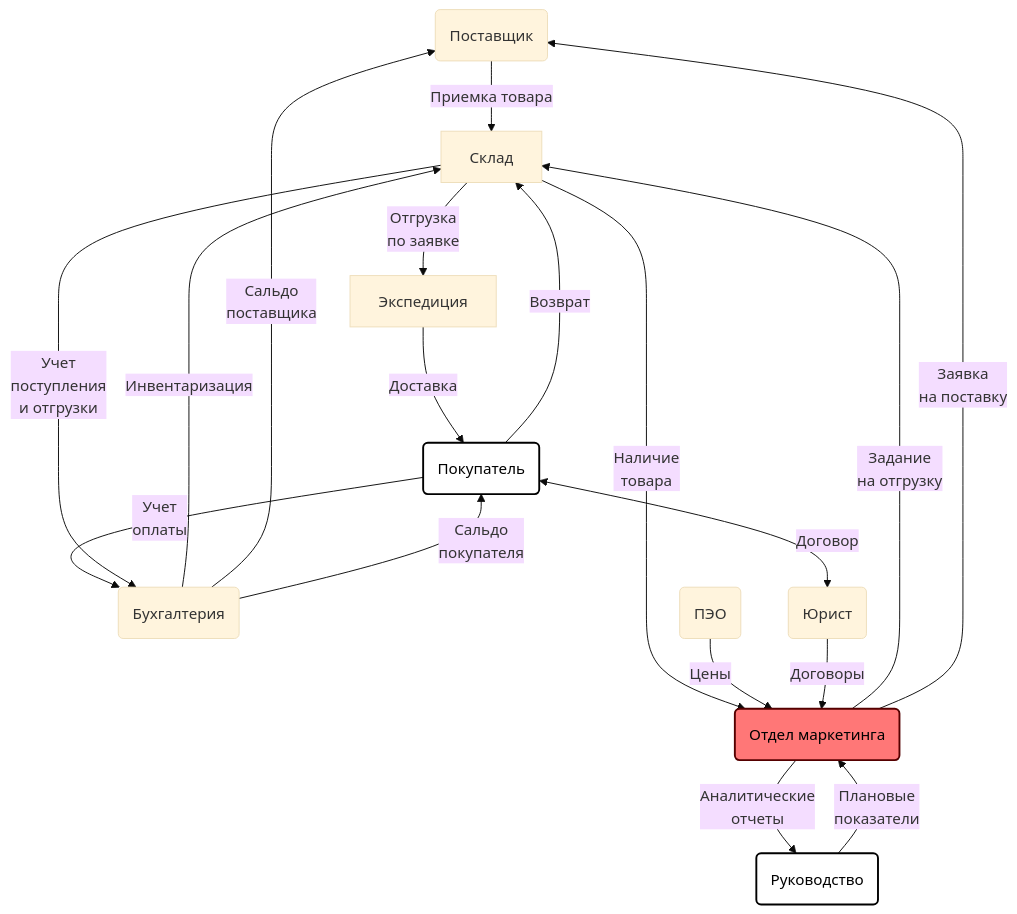
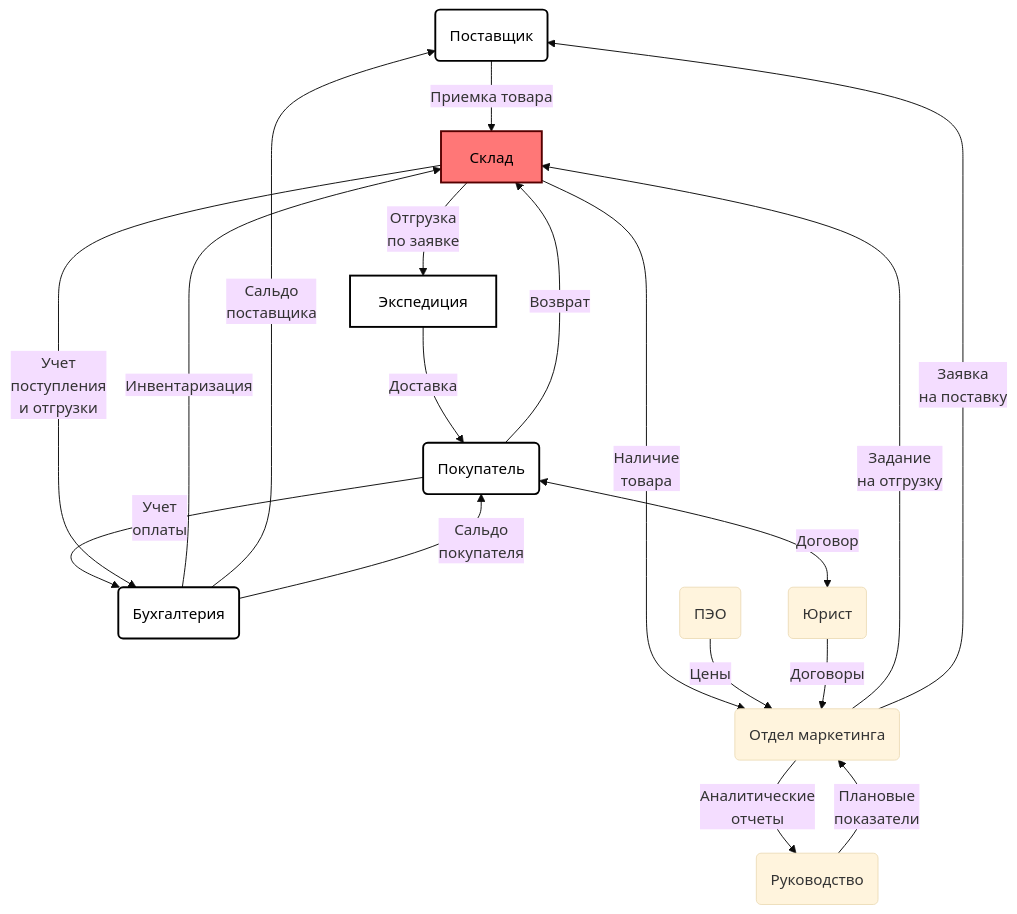
The diagram in docs/gdmn-gd-movement/booklet/Scheme.md (stasgm/gdmn-mob), drawn with Mermaid (base theme) before and after one commit. The commit also changed 7 other files, not shown here.

````diff
--- a/docs/gdmn-gd-movement/booklet/Scheme.md
+++ b/docs/gdmn-gd-movement/booklet/Scheme.md
@@ -1,26 +1,26 @@
 ```mermaid
 
 flowchart TD;
     A(Поставщик)--Приемка товара-->B[Склад];
     B--Наличие<br> товара-->M;
     B--Отгрузка<br> по заявке-->D[Экспедиция];
     D--Доставка-->E(Покупатель);
     E--Возврат-->B;
     Acc--Инвентаризация-->B;
     E--Учет<br> оплаты-->Acc(Бухгалтерия);
     M(Отдел маркетинга)--Задание<br> на отгрузку-->B;
     Acc--Сальдо <br>поставщика-->A;
     Acc--Сальдо<br> покупателя-->E;
     P(ПЭО)--Цены-->M;
     M--Заявка<br> на поставку-->A;
     B--Учет<br> поступления<br> и отгрузки-->Acc;
     M--Аналитические<br> отчеты-->Mngmt(Руководство);
     Mngmt(Руководство)--Плановые<br> показатели-->M;
     U(Юрист)--Договоры-->M;
     E<--Договор-->U;
 
     classDef core fill:#ff7777,color:#000,stroke:#550000,stroke-width:2px;
     classDef outlier fill:#ffffff,color:#000,stroke:#000000,stroke-width:2px,stroke-daskarray: 5, 5;
-    class T,S,M core;
-    class E,Mngmt outlier;
+    class B core;
+    class A,D,E,Acc outlier;
 ```
````
